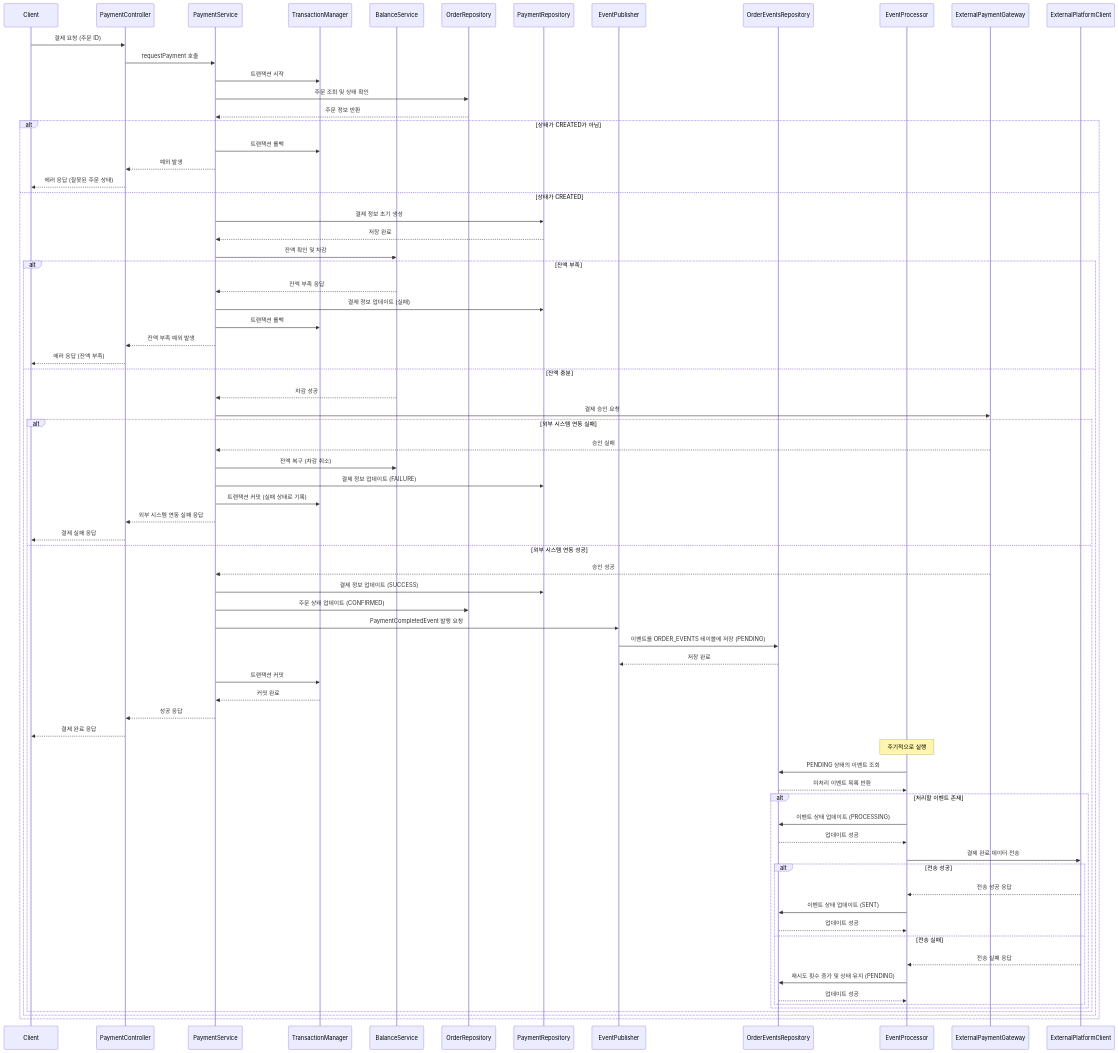
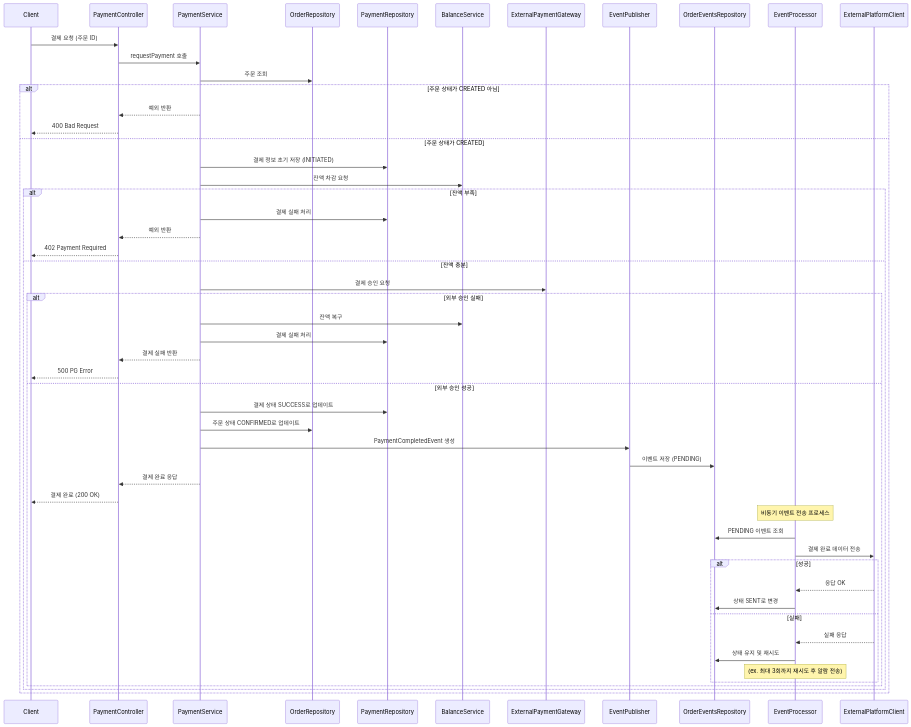
One commit to thedev-junyoung/hanghae-plus-2wd changed the diagram in docs/sequence-diagram/결제 요청.md. Above: the diagram before and after it, drawn with Mermaid. The commit also changed other lines of this file and 14 other files, not shown here.

````diff
--- a/docs/sequence-diagram/결제 요청.md
+++ b/docs/sequence-diagram/결제 요청.md
@@ -4,102 +22,60 @@
     participant Client
     participant PaymentController
     participant PaymentService
-    participant TransactionManager
-    participant BalanceService
     participant OrderRepository
     participant PaymentRepository
+    participant BalanceService
+    participant ExternalPaymentGateway
     participant EventPublisher
     participant OrderEventsRepository
     participant EventProcessor
-    participant ExternalPaymentGateway
     participant ExternalPlatformClient
 
     Client->>PaymentController: 결제 요청 (주문 ID)
     PaymentController->>PaymentService: requestPayment 호출
 
-%% 트랜잭션 시작
-    PaymentService->>TransactionManager: 트랜잭션 시작
-
-%% 주문 조회 및 상태 확인
-    PaymentService->>OrderRepository: 주문 조회 및 상태 확인
-    OrderRepository-->>PaymentService: 주문 정보 반환
-
-    alt 상태가 CREATED가 아님
-        PaymentService->>TransactionManager: 트랜잭션 롤백
-        PaymentService-->>PaymentController: 예외 발생
-        PaymentController-->>Client: 에러 응답 (잘못된 주문 상태)
-    else 상태가 CREATED
-    %% 결제 정보 초기 생성 (INITIATED 상태)
-        PaymentService->>PaymentRepository: 결제 정보 초기 생성
-        PaymentRepository-->>PaymentService: 저장 완료
-
-    %% 잔액 확인 및 차감
-        PaymentService->>BalanceService: 잔액 확인 및 차감
+    PaymentService->>OrderRepository: 주문 조회
+    alt 주문 상태가 CREATED 아님
+        PaymentService-->>PaymentController: 예외 반환
+        PaymentController-->>Client: 400 Bad Request
+    else 주문 상태가 CREATED
+        PaymentService->>PaymentRepository: 결제 정보 초기 저장 (INITIATED)
+        PaymentService->>BalanceService: 잔액 차감 요청
 
         alt 잔액 부족
-            BalanceService-->>PaymentService: 잔액 부족 응답
-            PaymentService->>PaymentRepository: 결제 정보 업데이트 (실패)
-            PaymentService->>TransactionManager: 트랜잭션 롤백
-            PaymentService-->>PaymentController: 잔액 부족 예외 발생
-            PaymentController-->>Client: 에러 응답 (잔액 부족)
+            PaymentService->>PaymentRepository: 결제 실패 처리
+            PaymentService-->>PaymentController: 예외 반환
+            PaymentController-->>Client: 402 Payment Required
         else 잔액 충분
-            BalanceService-->>PaymentService: 차감 성공
-
-        %% 외부 결제 시스템 연동
             PaymentService->>ExternalPaymentGateway: 결제 승인 요청
 
-            alt 외부 시스템 연동 실패
-                ExternalPaymentGateway-->>PaymentService: 승인 실패
+            alt 외부 승인 실패
+                PaymentService->>BalanceService: 잔액 복구
+                PaymentService->>PaymentRepository: 결제 실패 처리
+                PaymentService-->>PaymentController: 결제 실패 반환
+                PaymentController-->>Client: 500 PG Error
+            else 외부 승인 성공
+                PaymentService->>PaymentRepository: 결제 상태 SUCCESS로 업데이트
+                PaymentService->>OrderRepository: 주문 상태 CONFIRMED로 업데이트
 
-            %% 잔액 복구
-                PaymentService->>BalanceService: 잔액 복구 (차감 취소)
-                PaymentService->>PaymentRepository: 결제 정보 업데이트 (FAILURE)
-                PaymentService->>TransactionManager: 트랜잭션 커밋 (실패 상태로 기록)
-                PaymentService-->>PaymentController: 외부 시스템 연동 실패 응답
-                PaymentController-->>Client: 결제 실패 응답
-            else 외부 시스템 연동 성공
-                ExternalPaymentGateway-->>PaymentService: 승인 성공
+                PaymentService->>EventPublisher: PaymentCompletedEvent 생성
+                EventPublisher->>OrderEventsRepository: 이벤트 저장 (PENDING)
+                PaymentService-->>PaymentController: 결제 완료 응답
+                PaymentController-->>Client: 결제 완료 (200 OK)
 
-            %% 결제 정보 최종 업데이트
-                PaymentService->>PaymentRepository: 결제 정보 업데이트 (SUCCESS)
-                PaymentService->>OrderRepository: 주문 상태 업데이트 (CONFIRMED)
-
-            %% 트랜잭셔널 아웃박스 패턴 - 이벤트 저장
-                PaymentService->>EventPublisher: PaymentCompletedEvent 발행 요청
-                EventPublisher->>OrderEventsRepository: 이벤트를 ORDER_EVENTS 테이블에 저장 (PENDING)
-                OrderEventsRepository-->>EventPublisher: 저장 완료
-
-            %% 트랜잭션 커밋 - 결제 정보와 이벤트가 함께 커밋됨
-                PaymentService->>TransactionManager: 트랜잭션 커밋
-                TransactionManager-->>PaymentService: 커밋 완료
-
-                PaymentService-->>PaymentController: 성공 응답
-                PaymentController-->>Client: 결제 완료 응답
-
-            %% --- 비동기 이벤트 처리 (별도 쓰레드/프로세스) ---
-                Note over EventProcessor: 주기적으로 실행
-
-                EventProcessor->>OrderEventsRepository: PENDING 상태의 이벤트 조회
-                OrderEventsRepository-->>EventProcessor: 미처리 이벤트 목록 반환
-
-                alt 처리할 이벤트 존재
-                    EventProcessor->>OrderEventsRepository: 이벤트 상태 업데이트 (PROCESSING)
-                    OrderEventsRepository-->>EventProcessor: 업데이트 성공
-
-                %% 데이터 플랫폼으로 결제 완료 데이터 전송
-                    EventProcessor->>ExternalPlatformClient: 결제 완료 데이터 전송
-
-                    alt 전송 성공
-                        ExternalPlatformClient-->>EventProcessor: 전송 성공 응답
-                        EventProcessor->>OrderEventsRepository: 이벤트 상태 업데이트 (SENT)
-                        OrderEventsRepository-->>EventProcessor: 업데이트 성공
-                    else 전송 실패
-                        ExternalPlatformClient-->>EventProcessor: 전송 실패 응답
-                        EventProcessor->>OrderEventsRepository: 재시도 횟수 증가 및 상태 유지 (PENDING)
-                        OrderEventsRepository-->>EventProcessor: 업데이트 성공
-                    end
+                Note over EventProcessor: 비동기 이벤트 전송 프로세스
+                EventProcessor->>OrderEventsRepository: PENDING 이벤트 조회
+                EventProcessor->>ExternalPlatformClient: 결제 완료 데이터 전송
+                alt 성공
+                    ExternalPlatformClient-->>EventProcessor: 응답 OK
+                    EventProcessor->>OrderEventsRepository: 상태 SENT로 변경
+                else 실패
+                    ExternalPlatformClient-->>EventProcessor: 실패 응답
+                    EventProcessor->>OrderEventsRepository: 상태 유지 및 재시도
+                    Note over EventProcessor: (ex. 최대 3회까지 재시도 후 알람 전송)
                 end
             end
         end
     end
+
 ```
````
